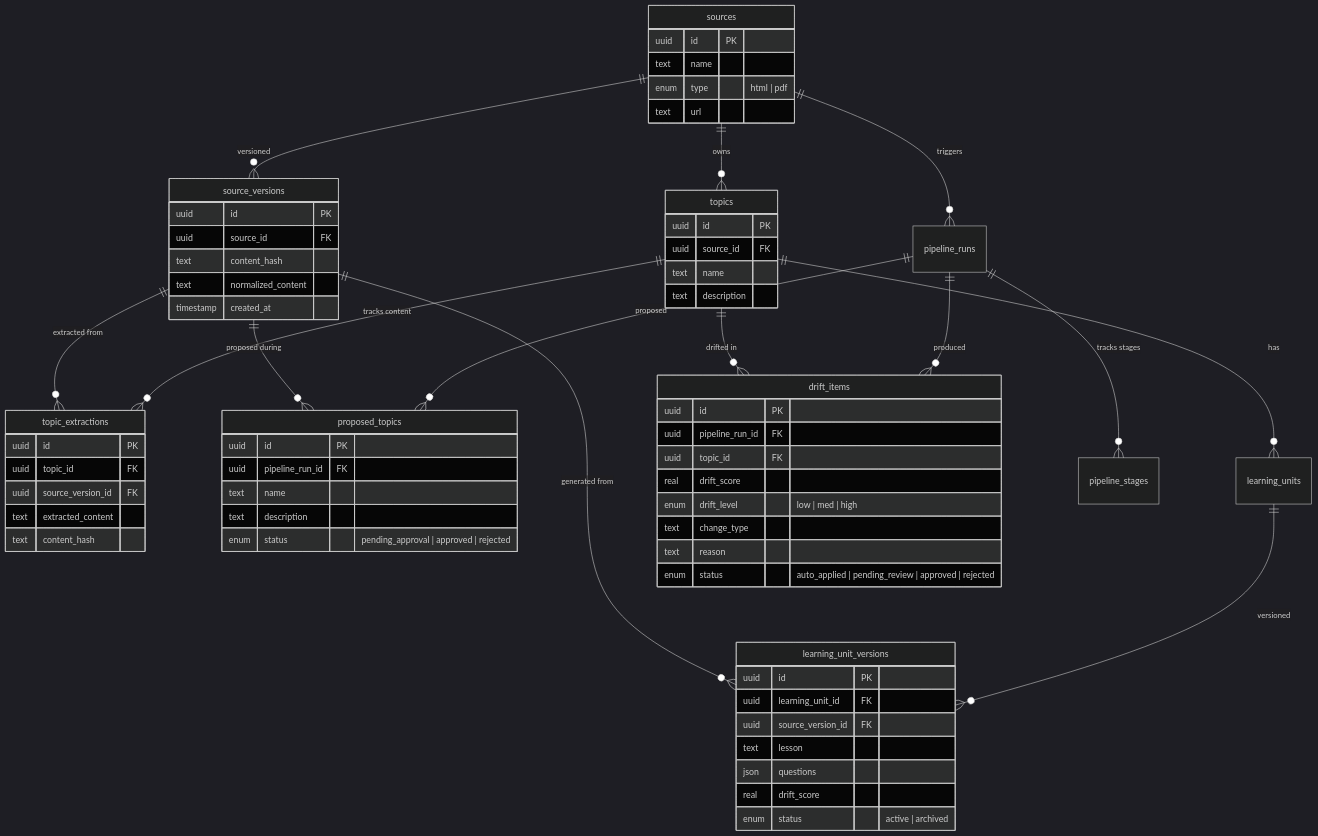
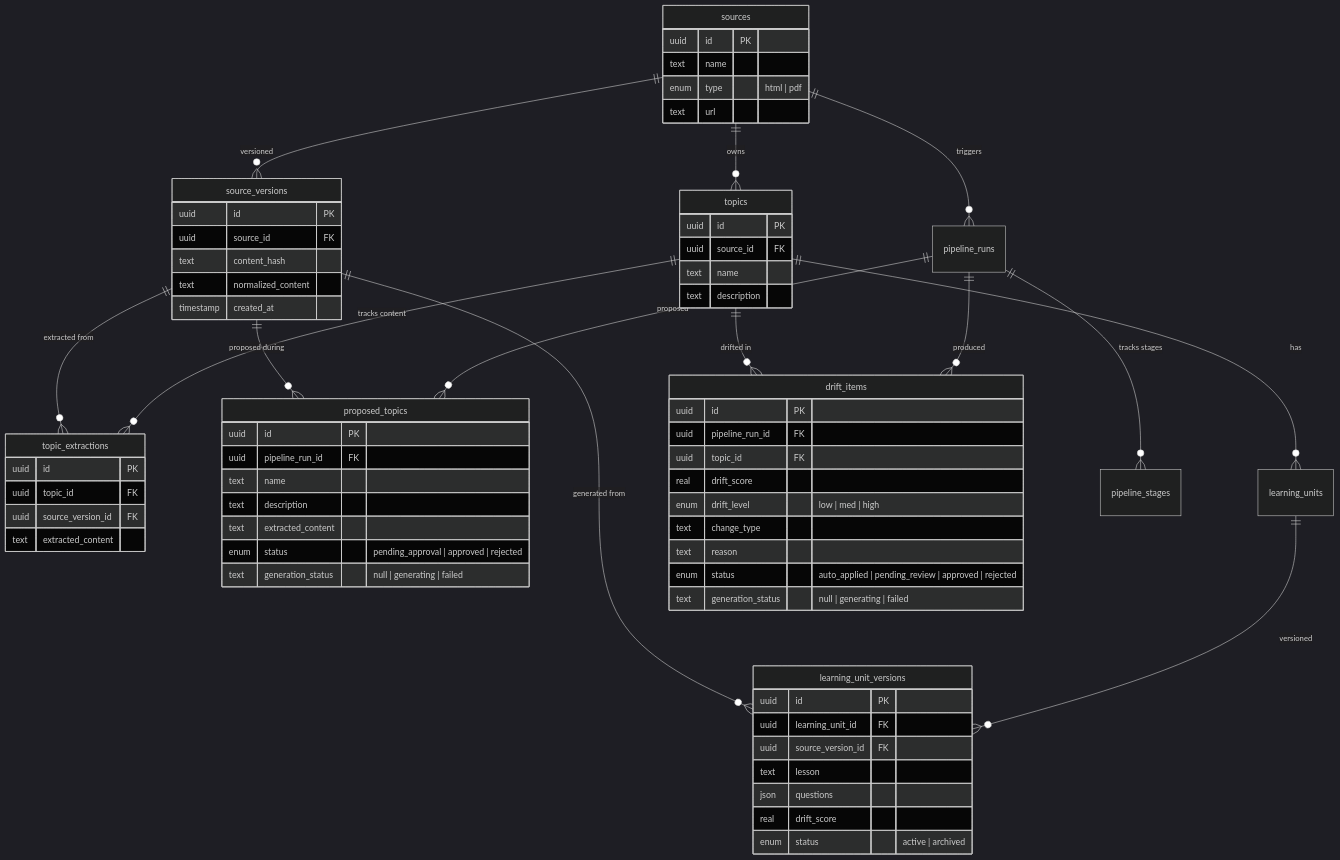
Before and after one commit to Sidd27/self-healing-content-system: the second of 4 diagrams in README.md, drawn with Mermaid (dark theme). The commit also changed other lines of this file, not shown here.

````diff
--- a/README.md
+++ b/README.md
@@ -138,79 +130,81 @@
 ```mermaid
 erDiagram
     sources ||--o{ source_versions : "versioned"
     sources ||--o{ topics : "owns"
     sources ||--o{ pipeline_runs : "triggers"
 
     source_versions ||--o{ topic_extractions : "extracted from"
     source_versions ||--o{ proposed_topics : "proposed during"
     source_versions ||--o{ learning_unit_versions : "generated from"
 
     topics ||--o{ topic_extractions : "tracks content"
     topics ||--o{ learning_units : "has"
     topics ||--o{ drift_items : "drifted in"
 
     learning_units ||--o{ learning_unit_versions : "versioned"
 
     pipeline_runs ||--o{ pipeline_stages : "tracks stages"
     pipeline_runs ||--o{ drift_items : "produced"
     pipeline_runs ||--o{ proposed_topics : "proposed"
 
     sources {
         uuid id PK
         text name
         enum type "html | pdf"
         text url
     }
 
     source_versions {
         uuid id PK
         uuid source_id FK
         text content_hash
         text normalized_content
         timestamp created_at
     }
 
     topics {
         uuid id PK
         uuid source_id FK
         text name
         text description
     }
 
     topic_extractions {
         uuid id PK
         uuid topic_id FK
         uuid source_version_id FK
         text extracted_content
-        text content_hash
     }
 
     drift_items {
         uuid id PK
         uuid pipeline_run_id FK
         uuid topic_id FK
         real drift_score
         enum drift_level "low | med | high"
         text change_type
         text reason
         enum status "auto_applied | pending_review | approved | rejected"
+        text generation_status "null | generating | failed"
     }
 
     proposed_topics {
         uuid id PK
         uuid pipeline_run_id FK
         text name
         text description
+        text extracted_content
         enum status "pending_approval | approved | rejected"
+        text generation_status "null | generating | failed"
     }
 
     learning_unit_versions {
         uuid id PK
         uuid learning_unit_id FK
         uuid source_version_id FK
         text lesson
         json questions
         real drift_score
         enum status "active | archived"
     }
 ```
````
